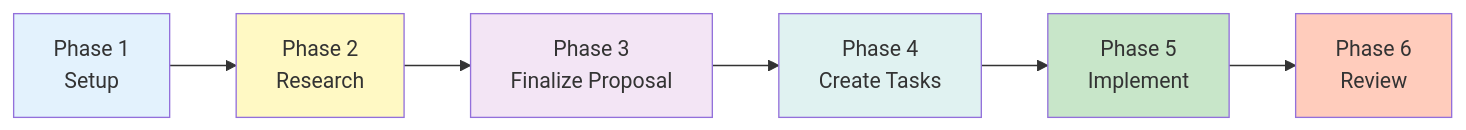
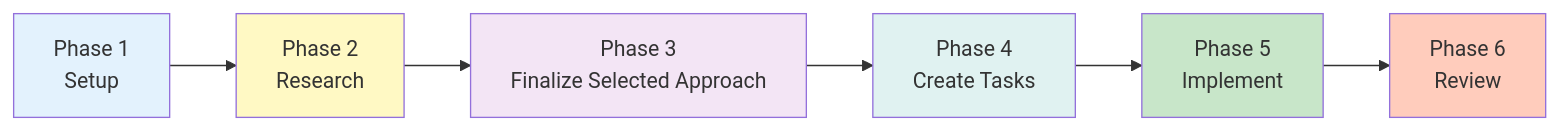
The first of 2 diagrams in website/docs/fundamentals/structured-plan-mode.md (NikiforovAll/claude-code-rules), drawn with Mermaid before and after one commit. The commit also changed other lines of this file and 2 other files, not shown here.

````diff
--- a/website/docs/fundamentals/structured-plan-mode.md
+++ b/website/docs/fundamentals/structured-plan-mode.md
@@ -17,15 +17,15 @@
 ```mermaid
 graph LR
     P1[Phase 1<br/>Setup] --> P2[Phase 2<br/>Research]
-    P2 --> P3[Phase 3<br/>Finalize Proposal]
+    P2 --> P3[Phase 3<br/>Finalize Selected Approach]
     P3 --> P4[Phase 4<br/>Create Tasks]
     P4 --> P5[Phase 5<br/>Implement]
     P5 --> P6[Phase 6<br/>Review]
 
     style P1 fill:#e3f2fd
     style P2 fill:#fff9c4
     style P3 fill:#f3e5f5
     style P4 fill:#e0f2f1
     style P5 fill:#c8e6c9
     style P6 fill:#ffccbc
 ```
````
